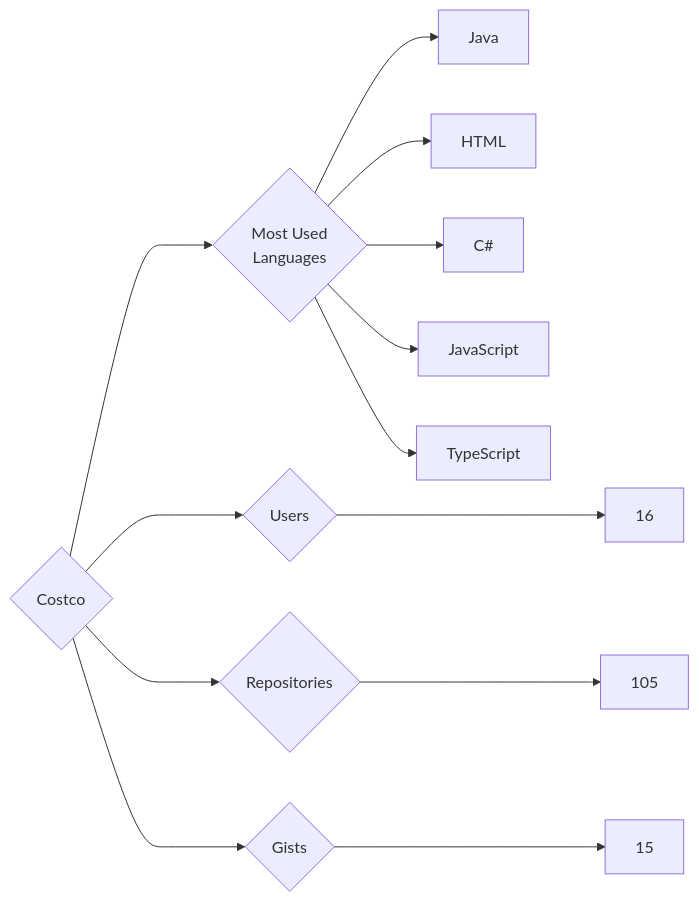
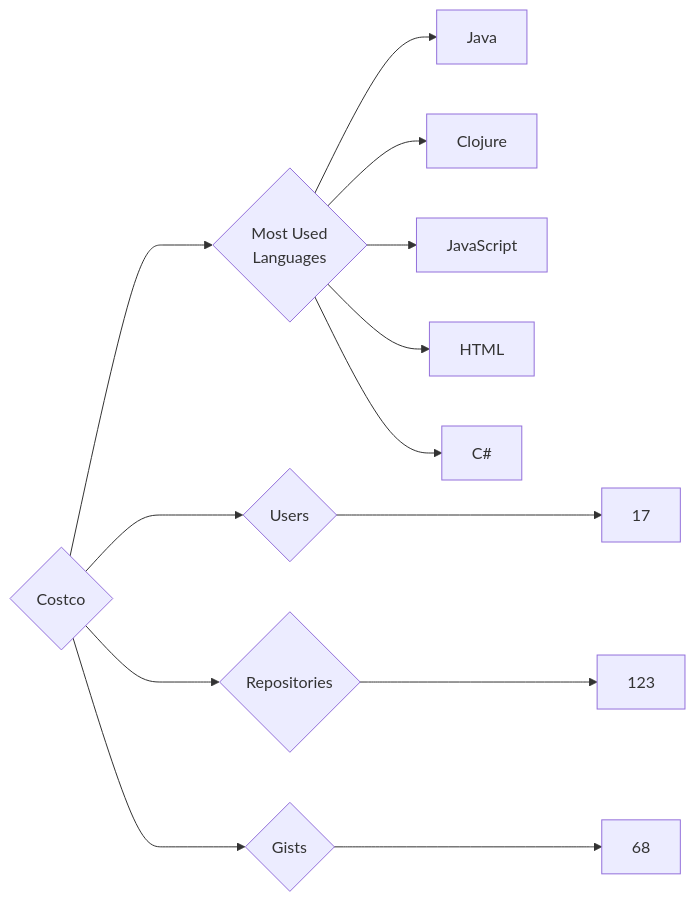
Before and after one commit to trickest/insiders: the diagram in targets/Costco/README.md, drawn with Mermaid. The commit also changed 873 other files, not shown here.

````diff
--- a/targets/Costco/README.md
+++ b/targets/Costco/README.md
@@ -3,13 +3,13 @@
 ```mermaid
 graph LR
 COMPANY_NAME{Costco}
-COMPANY_NAME ---> U{Users} ---> UN[16]
-COMPANY_NAME ---> R{Repositories} ---> RN[105]
-COMPANY_NAME ---> G{Gists} ---> GN[15]
+COMPANY_NAME ---> U{Users} ---> UN[17]
+COMPANY_NAME ---> R{Repositories} ---> RN[123]
+COMPANY_NAME ---> G{Gists} ---> GN[68]
 COMPANY_NAME ---> ML{Most Used<br>Languages}
 ML --> Java[Java]
+ML --> Clojure[Clojure]
+ML --> JavaScript[JavaScript]
 ML --> HTML[HTML]
 ML --> C#[C#]
-ML --> JavaScript[JavaScript]
-ML --> TypeScript[TypeScript]
 ```
````
